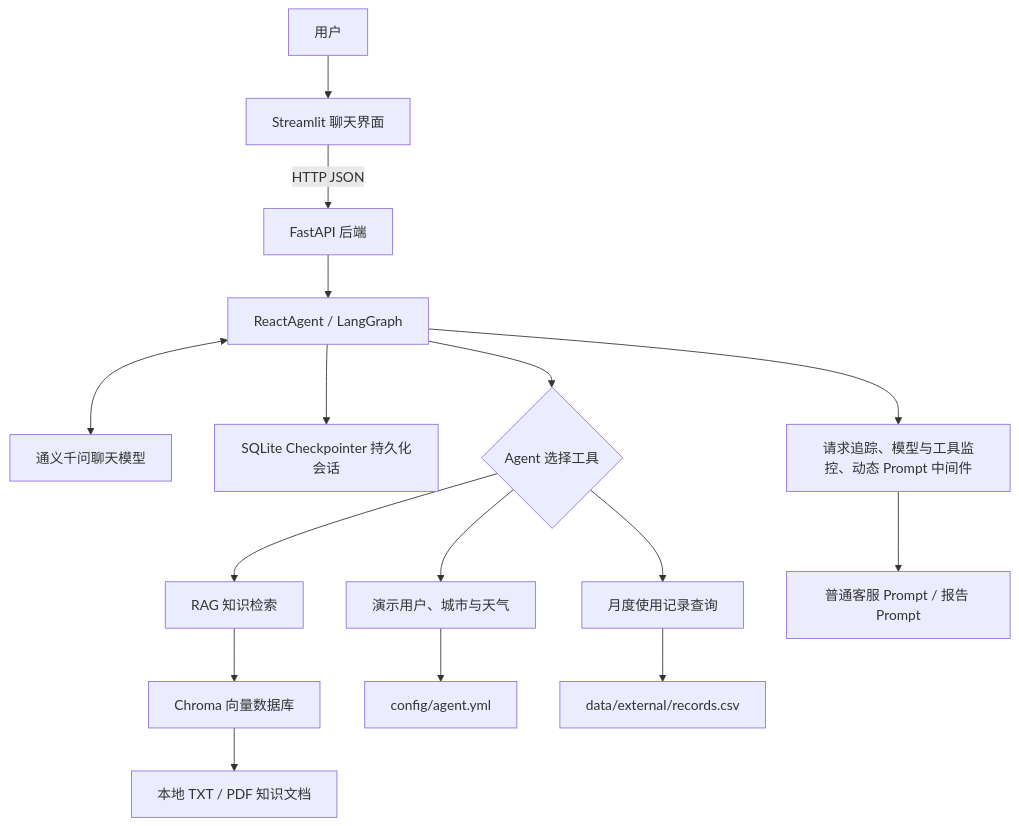
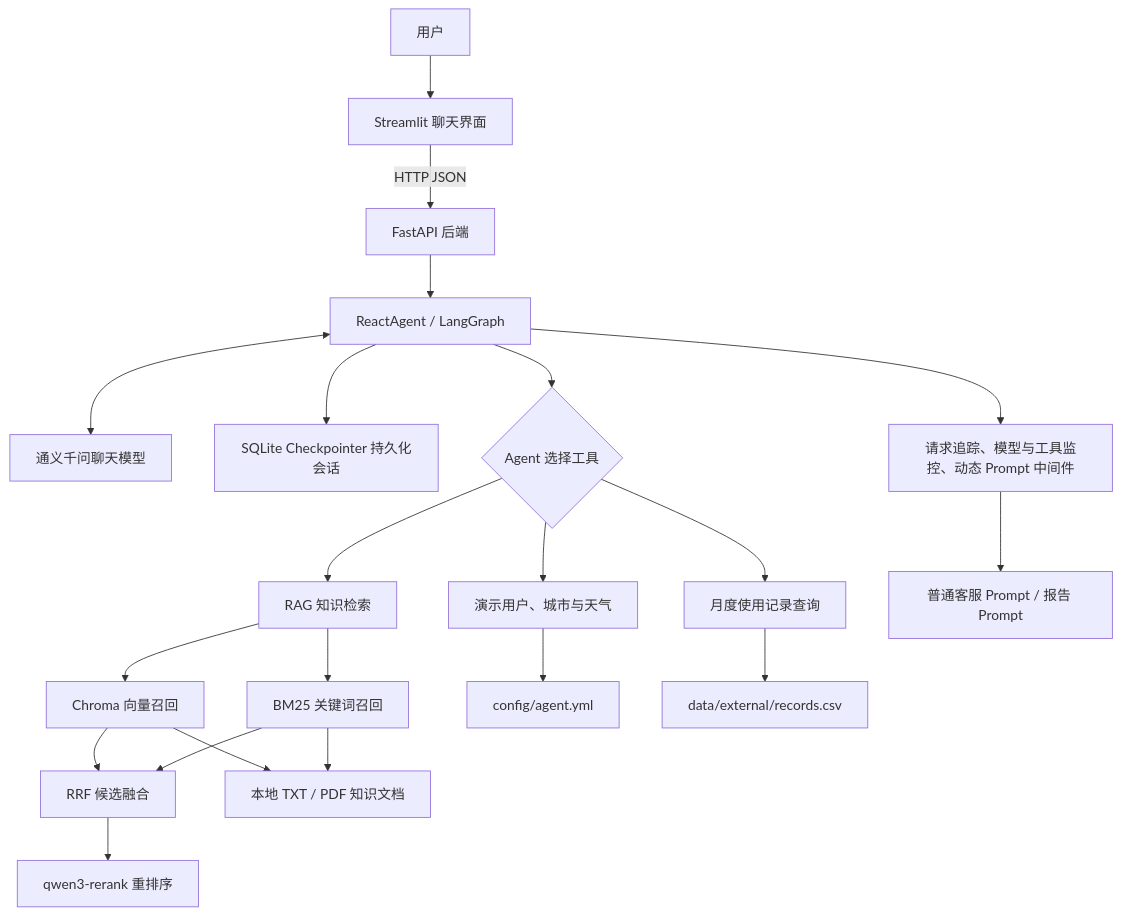
One commit to Wan1ngLunar/smart-cleaning-agent-rag changed the diagram in README.md. Above: the diagram before and after it, drawn with Mermaid. The commit also changed other lines of this file and 14 other files, not shown here.

````diff
--- a/README.md
+++ b/README.md
@@ -42,22 +43,27 @@
 ```mermaid
 flowchart TD
     U["用户"] --> UI["Streamlit 聊天界面"]
     UI -->|"HTTP JSON"| API["FastAPI 后端"]
     API --> A["ReactAgent / LangGraph"]
     A <--> M["通义千问聊天模型"]
     A --> C["SQLite Checkpointer 持久化会话"]
     A --> MW["请求追踪、模型与工具监控、动态 Prompt 中间件"]
     A --> T{"Agent 选择工具"}
 
     T --> R["RAG 知识检索"]
-    R --> V["Chroma 向量数据库"]
+    R --> V["Chroma 向量召回"]
+    R --> B["BM25 关键词召回"]
+    V --> F["RRF 候选融合"]
+    B --> F
+    F --> RR["qwen3-rerank 重排序"]
     V --> K["本地 TXT / PDF 知识文档"]
+    B --> K
 
     T --> D["演示用户、城市与天气"]
     D --> Y["config/agent.yml"]
 
     T --> E["月度使用记录查询"]
     E --> CSV["data/external/records.csv"]
 
     MW --> P["普通客服 Prompt / 报告 Prompt"]
 ```
````
